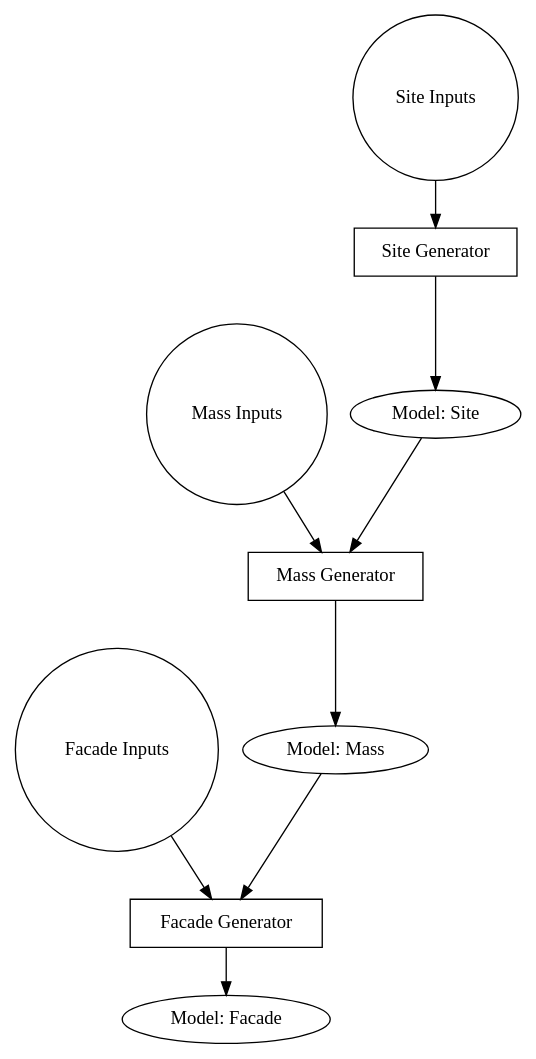
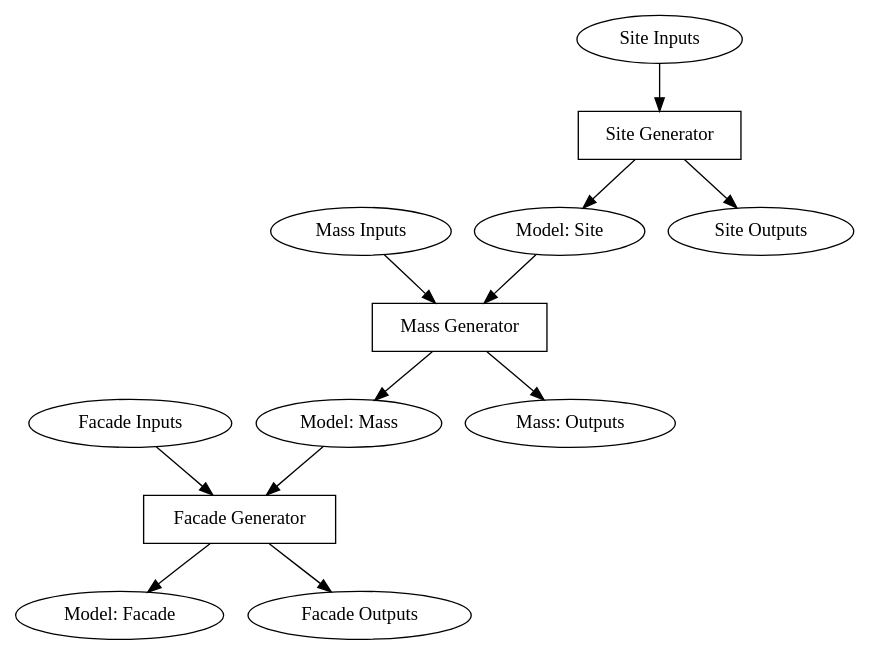
One commit to hypar-io/MakeHypar changed the diagram in program.dot. Above: the diagram before and after it, drawn with Graphviz. The commit also changed 1 other file, not shown here.

Commit message:
Update the example graph.

```diff
--- a/program.dot
+++ b/program.dot
@@ -1,16 +1,16 @@
 digraph G {
   "Site Generator" [shape=box]
   "Mass Generator" [shape=box]
   "Facade Generator" [shape=box]
-  "Site Inputs" [shape=circle]
-  "Mass Inputs" [shape=circle]
-  "Facade Inputs" [shape=circle]
   "Site Inputs" -> "Site Generator"
   "Site Generator" -> "Model: Site"
+  "Site Generator" -> "Site Outputs"
   "Mass Inputs" -> "Mass Generator"
   "Model: Site" -> "Mass Generator"
   "Mass Generator" -> "Model: Mass"
+  "Mass Generator" -> "Mass: Outputs"
   "Facade Inputs" -> "Facade Generator"
   "Model: Mass" -> "Facade Generator"
   "Facade Generator" -> "Model: Facade"
+  "Facade Generator" -> "Facade Outputs"
 }
```
